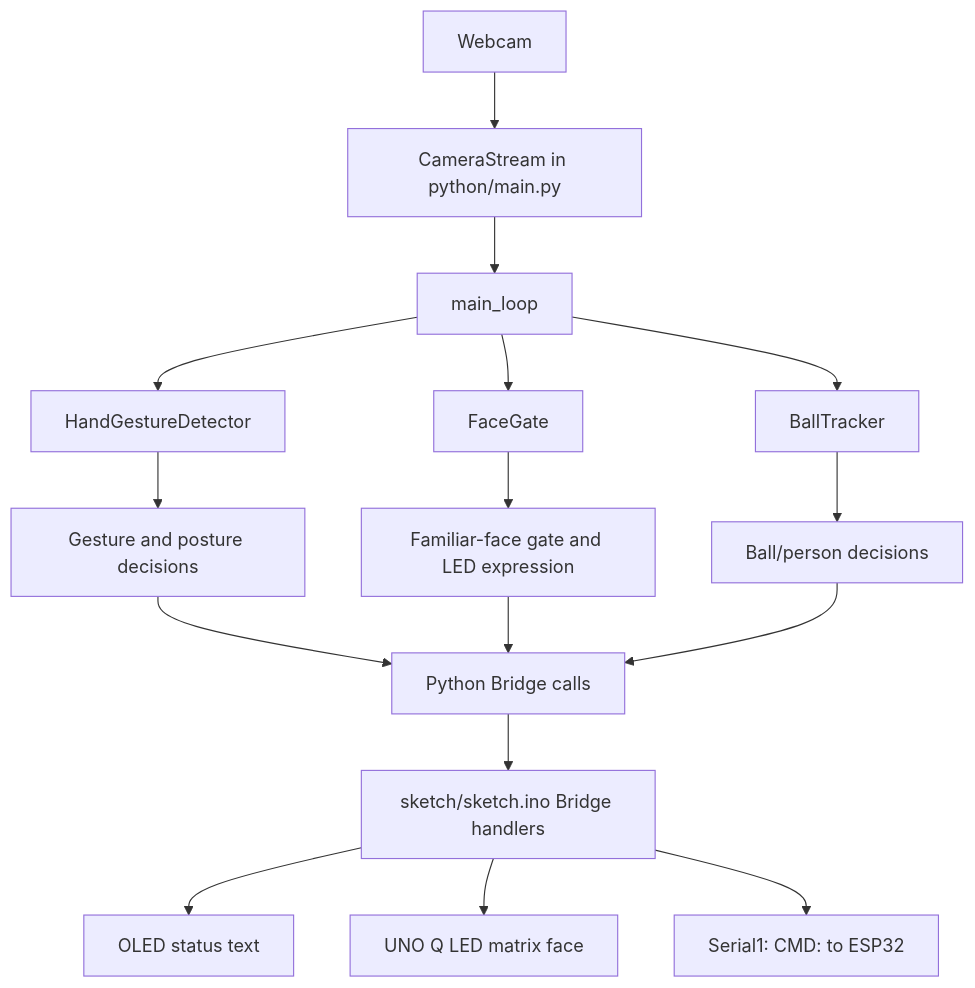
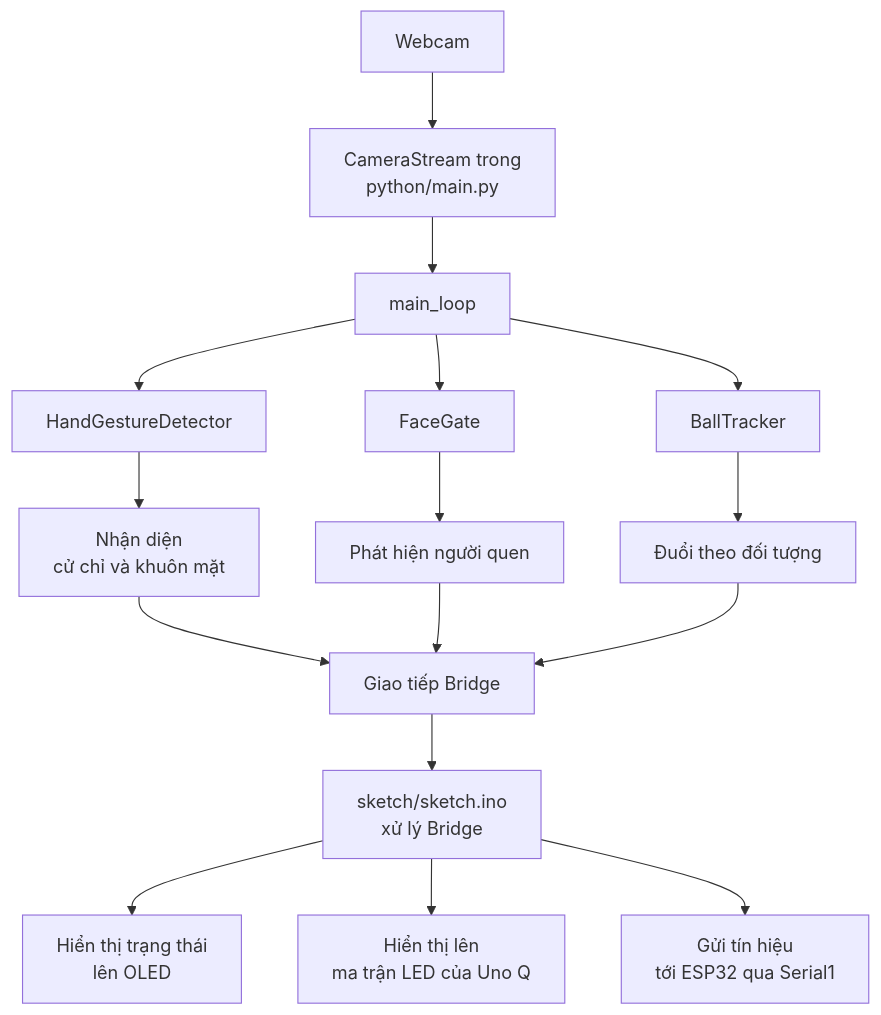
One commit to BenYogesh/RoboDog changed the diagram in docs/system-structure-dataflow.md. Above: the diagram before and after it, drawn with Mermaid. The commit also changed other lines of this file, not shown here.

Commit message:
Cải thiện nội dung tài liệu hệ thống RoboDog
Cập nhật tiêu đề và mô tả luồng dữ liệu trong tài liệu về RoboDog trên Arduino Uno Q.

````diff
--- a/docs/system-structure-dataflow.md
+++ b/docs/system-structure-dataflow.md
@@ -11,18 +15,18 @@
 ```mermaid
 flowchart TD
-    Camera["Webcam"] --> Stream["CameraStream in python/main.py"]
+    Camera["Webcam"] --> Stream["CameraStream trong <br>python/main.py"]
     Stream --> Loop["main_loop"]
     Loop --> Hands["HandGestureDetector"]
     Loop --> Face["FaceGate"]
     Loop --> Ball["BallTracker"]
-    Hands --> Decide["Gesture and posture decisions"]
-    Face --> Gate["Familiar-face gate and LED expression"]
-    Ball --> Chase["Ball/person decisions"]
-    Decide --> Bridge["Python Bridge calls"]
+    Hands --> Decide["Nhận diện <br>cử chỉ và khuôn mặt"]
+    Face --> Gate["Phát hiện người quen"]
+    Ball --> Chase["Đuổi theo đối tượng"]
+    Decide --> Bridge["Giao tiếp Bridge"]
     Gate --> Bridge
     Chase --> Bridge
-    Bridge --> Sketch["sketch/sketch.ino Bridge handlers"]
-    Sketch --> OLED["OLED status text"]
-    Sketch --> Matrix["UNO Q LED matrix face"]
-    Sketch --> UART["Serial1: CMD:<char> to ESP32"]
+    Bridge --> Sketch["sketch/sketch.ino <br>xử lý Bridge"]
+    Sketch --> OLED["Hiển thị trạng thái <br>lên OLED"]
+    Sketch --> Matrix["Hiển thị lên <br>ma trận LED của Uno Q"]
+    Sketch --> UART["Gửi tín hiệu <br>tới ESP32 qua Serial1"]
 ```
````
